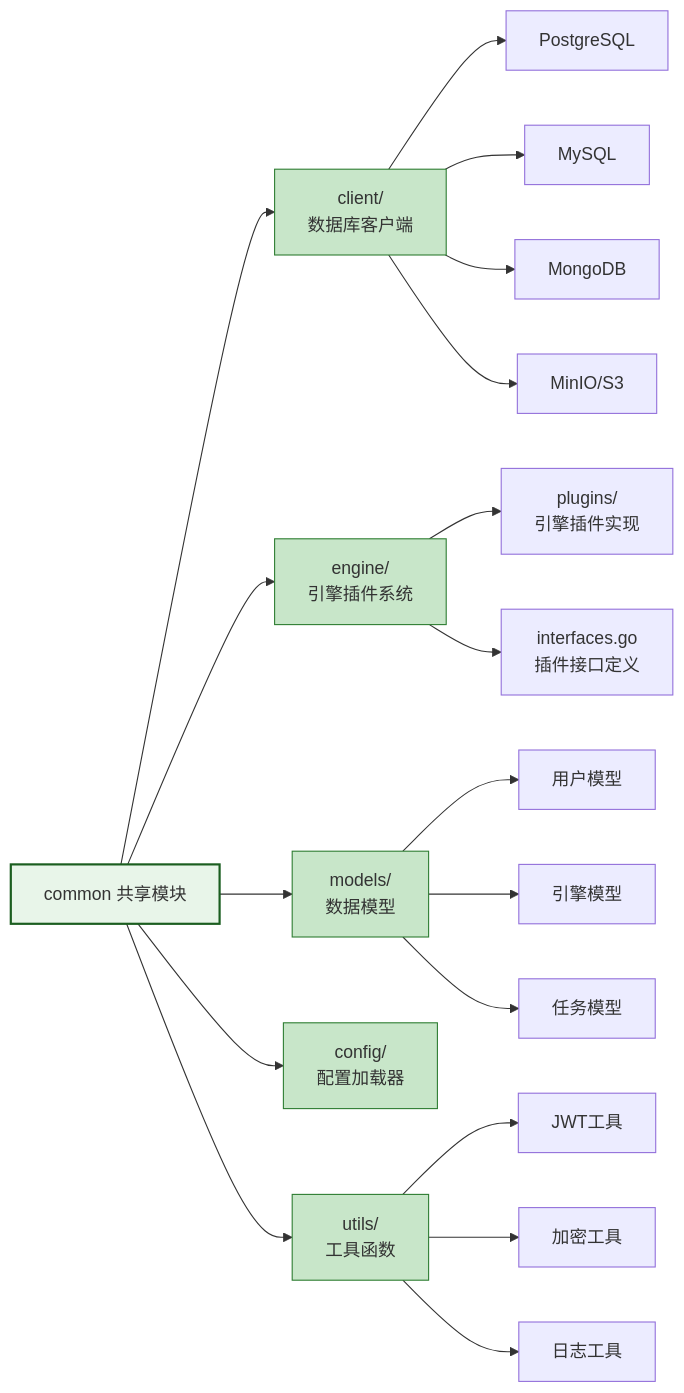
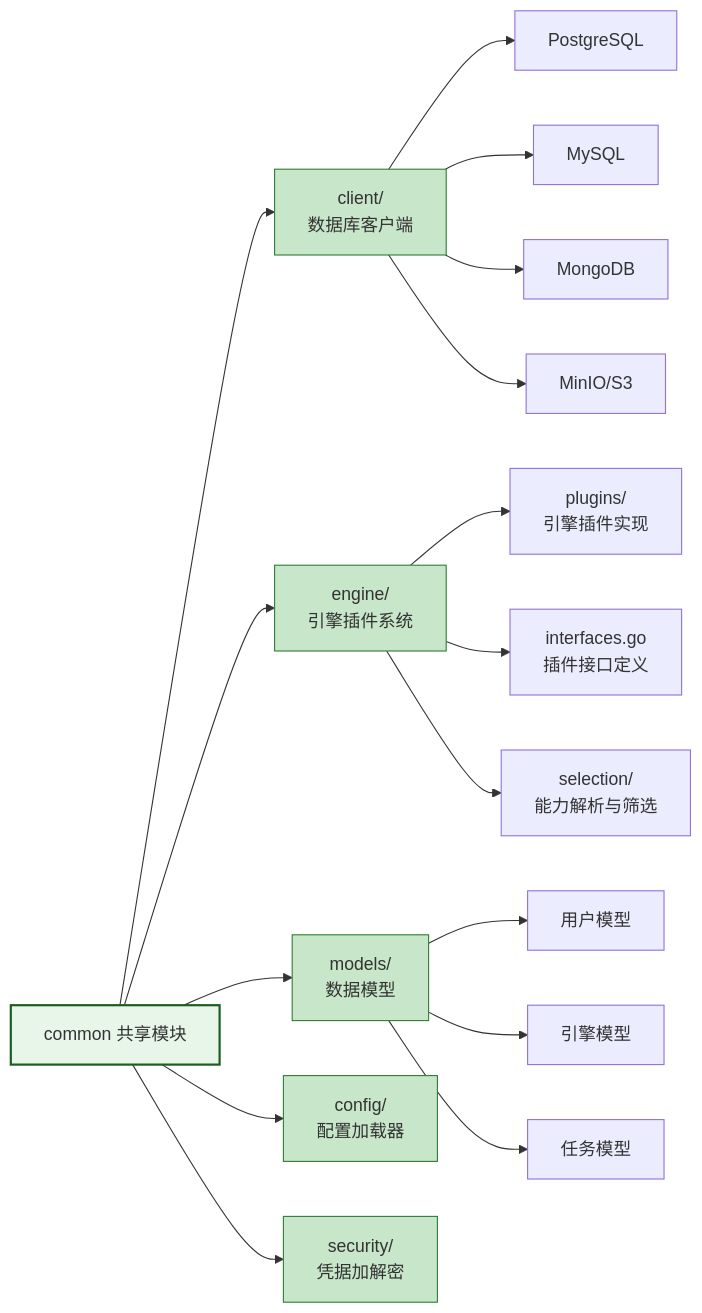
The second of 14 diagrams in docs/concepts/addp模块架构图.md (pampa0629/addp), drawn with Mermaid before and after one commit. The commit also changed other lines of this file and 665 other files, not shown here.

````diff
--- a/docs/concepts/addp模块架构图.md
+++ b/docs/concepts/addp模块架构图.md
@@ -203,32 +203,29 @@
 ```mermaid
 graph LR
     Common[common 共享模块]
 
     Common --> Client[client/<br/>数据库客户端]
     Common --> Engine[engine/<br/>引擎插件系统]
     Common --> Models[models/<br/>数据模型]
     Common --> Config[config/<br/>配置加载器]
-    Common --> Utils[utils/<br/>工具函数]
+    Common --> Security[security/<br/>凭据加解密]
 
     Client --> PG[PostgreSQL]
     Client --> MySQL[MySQL]
     Client --> Mongo[MongoDB]
     Client --> MinIOClient[MinIO/S3]
 
     Engine --> Plugins[plugins/<br/>引擎插件实现]
     Engine --> Interfaces[interfaces.go<br/>插件接口定义]
+    Engine --> Selection[selection/<br/>能力解析与筛选]
 
     Models --> User[用户模型]
     Models --> EngineModel[引擎模型]
     Models --> Task[任务模型]
 
-    Utils --> JWT[JWT工具]
-    Utils --> Crypto[加密工具]
-    Utils --> Logger[日志工具]
-
     classDef mainNode fill:#e8f5e9,stroke:#1b5e20,stroke-width:2px
     classDef subNode fill:#c8e6c9,stroke:#2e7d32
 
     class Common mainNode
-    class Client,Engine,Models,Config,Utils subNode
+    class Client,Engine,Models,Config,Security subNode
 ```
````
